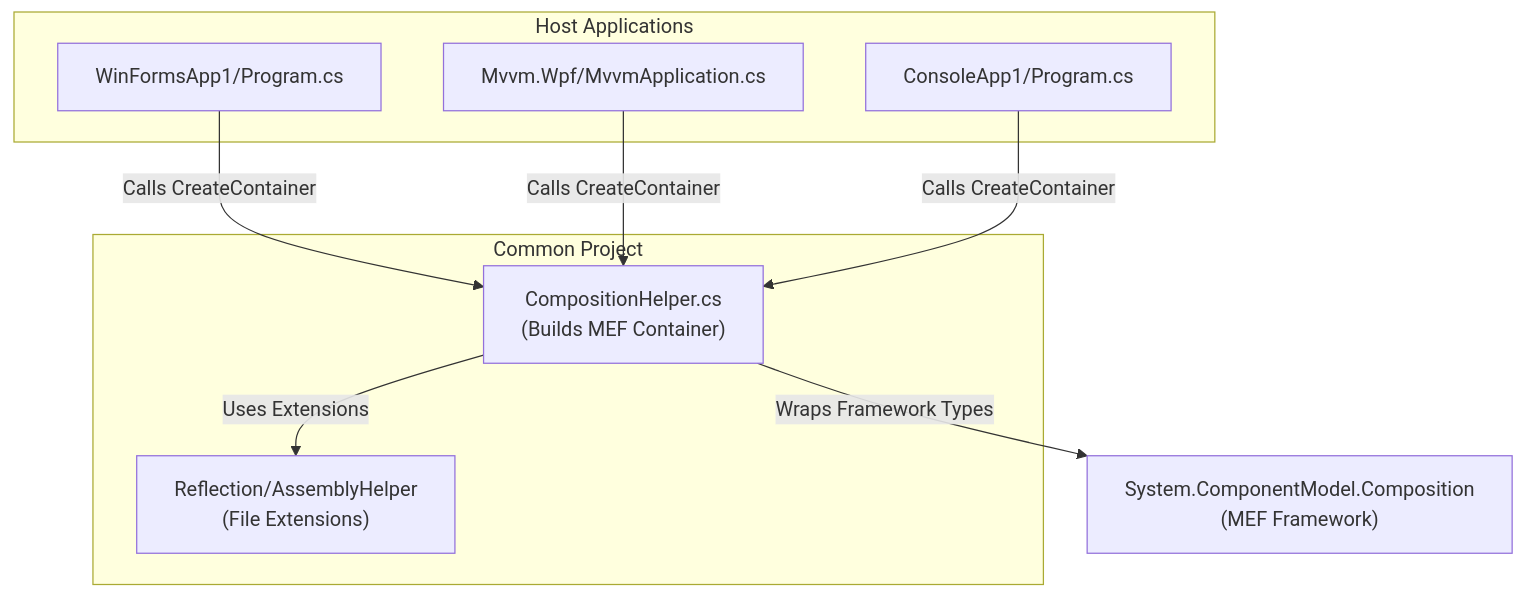
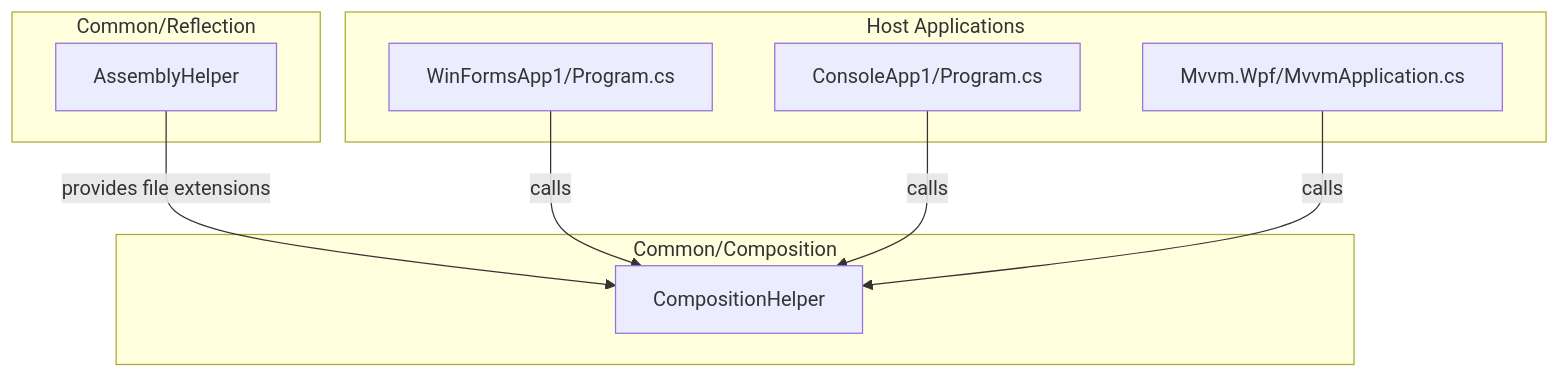
One commit to wetzlmaier-scch/mvvm changed the diagram in doc/Common/Composition.md. Above: the diagram before and after it, drawn with Mermaid. The commit also changed other lines of this file and 111 other files, not shown here.

````diff
--- a/doc/Common/Composition.md
+++ b/doc/Common/Composition.md
@@ -19,22 +19,21 @@
 ```mermaid
 flowchart TD
-    subgraph "Common Project"
-        CH["CompositionHelper.cs<br/>(Builds MEF Container)"]
-        AH["Reflection/AssemblyHelper<br/>(File Extensions)"]
+    subgraph "Common/Composition"
+        CH["CompositionHelper"]
+    end
+    
+    subgraph "Common/Reflection"
+        AH["AssemblyHelper"]
     end
     
     subgraph "Host Applications"
         WF["WinFormsApp1/Program.cs"]
-        WPF["Mvvm.Wpf/MvvmApplication.cs"]
         CA["ConsoleApp1/Program.cs"]
+        MW["Mvvm.Wpf/MvvmApplication.cs"]
     end
     
-    MEF["System.ComponentModel.Composition<br/>(MEF Framework)"]
-    
-    WF -->|Calls CreateContainer| CH
-    WPF -->|Calls CreateContainer| CH
-    CA -->|Calls CreateContainer| CH
-    
-    CH -->|Uses Extensions| AH
-    CH -->|Wraps Framework Types| MEF
+    AH -->|provides file extensions| CH
+    WF -->|calls| CH
+    CA -->|calls| CH
+    MW -->|calls| CH
 ```
````
